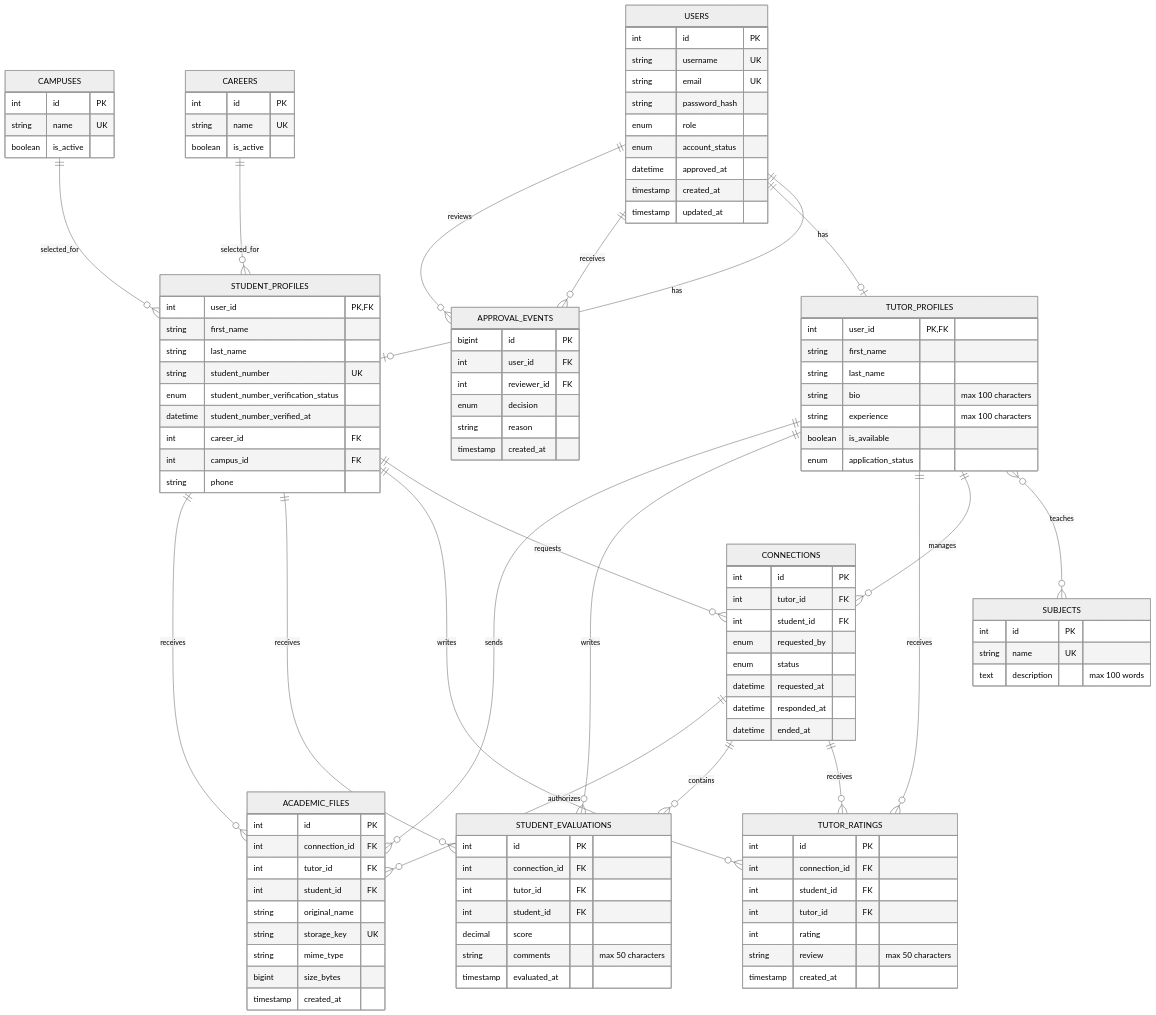
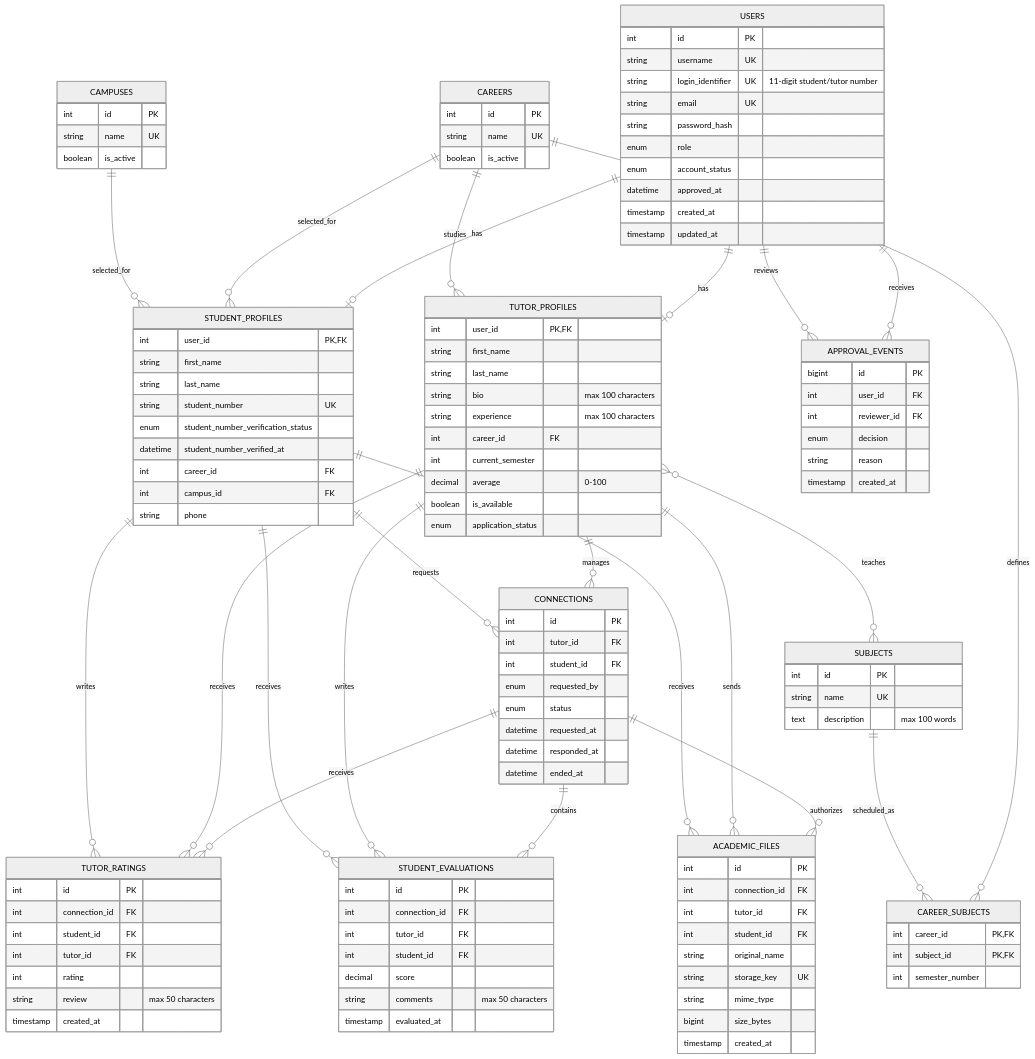
Before and after one commit to karlisnu/eduPublic: the diagram in docs/data-model.md, drawn with Mermaid (neutral theme). The commit also changed other lines of this file and 19 other files, not shown here.

```diff
--- a/docs/data-model.md
+++ b/docs/data-model.md
@@ -19,6 +19,9 @@
     USERS ||--o{ APPROVAL_EVENTS : reviews
     CAREERS ||--o{ STUDENT_PROFILES : selected_for
     CAMPUSES ||--o{ STUDENT_PROFILES : selected_for
+    CAREERS ||--o{ TUTOR_PROFILES : studies
+    CAREERS ||--o{ CAREER_SUBJECTS : defines
+    SUBJECTS ||--o{ CAREER_SUBJECTS : scheduled_as
     TUTOR_PROFILES }o--o{ SUBJECTS : teaches
     TUTOR_PROFILES ||--o{ CONNECTIONS : manages
     STUDENT_PROFILES ||--o{ CONNECTIONS : requests
@@ -35,6 +38,7 @@
     USERS {
         int id PK
         string username UK
+        string login_identifier UK "11-digit student/tutor number"
         string email UK
         string password_hash
         enum role
@@ -74,6 +78,9 @@
         string last_name
         string bio "max 100 characters"
         string experience "max 100 characters"
+        int career_id FK
+        int current_semester
+        decimal average "0-100"
         boolean is_available
         enum application_status
     }
@@ -82,6 +89,12 @@
         int id PK
         string name UK
         text description "max 100 words"
+    }
+
+    CAREER_SUBJECTS {
+        int career_id PK, FK
+        int subject_id PK, FK
+        int semester_number
     }
 
     CONNECTIONS {
```
